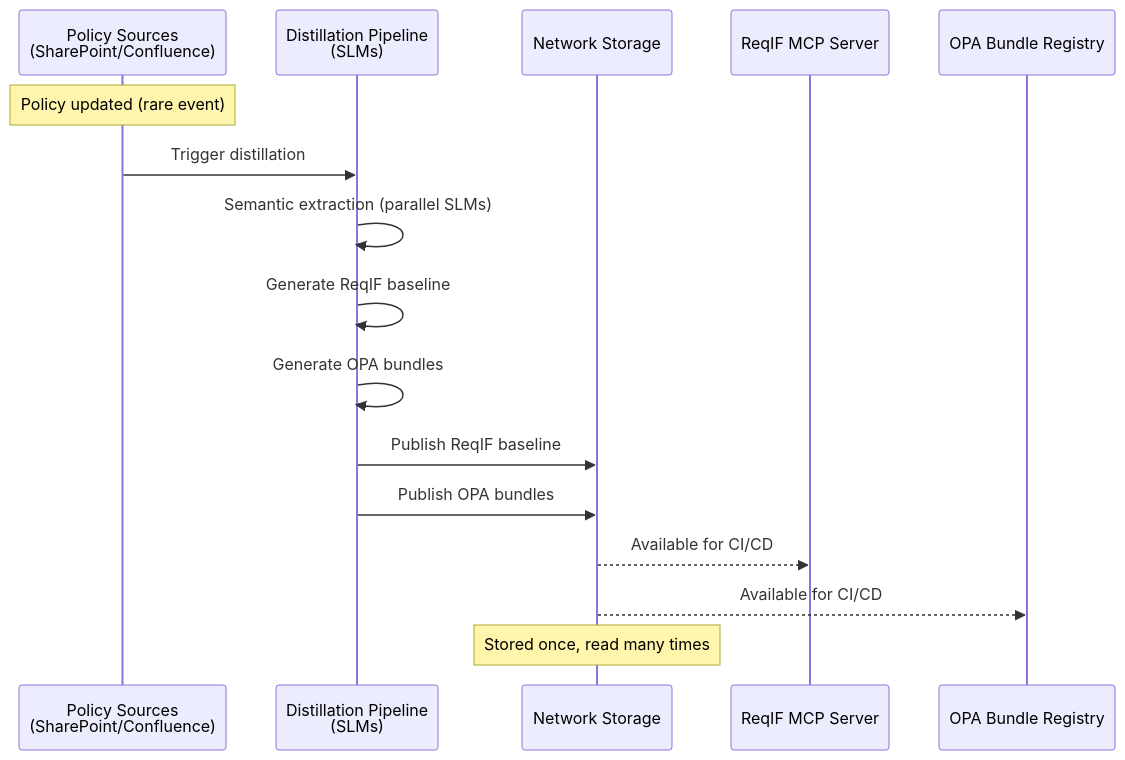
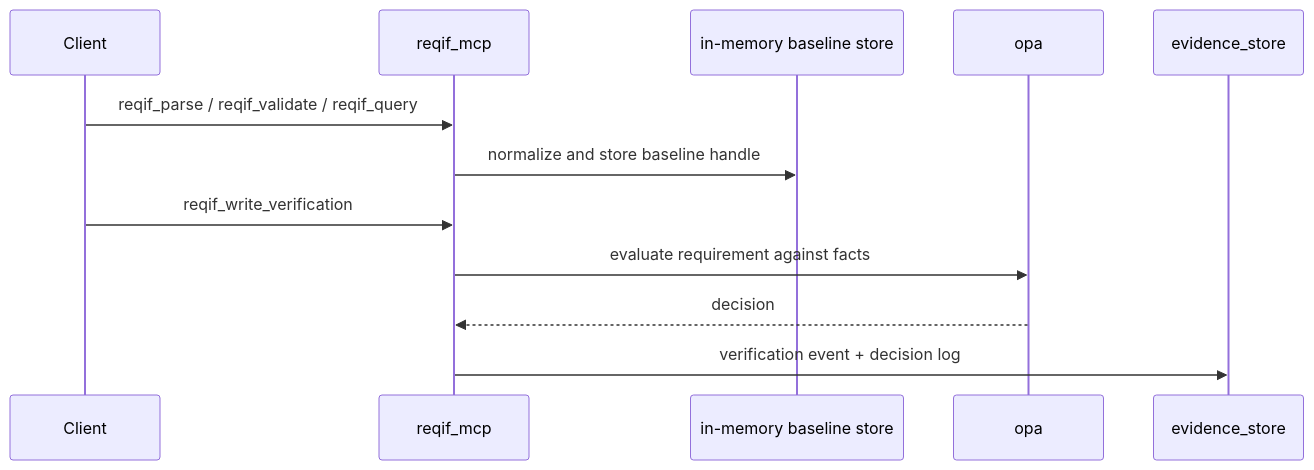
Before and after one commit to PromptExecution/reqif-opa-mcp: the seventh of 13 diagrams in README.md, drawn with Mermaid. The commit also changed other lines of this file and 15 other files, not shown here.

````diff
--- a/README.md
+++ b/README.md
@@ -306,20 +198,15 @@
 ```mermaid
 sequenceDiagram
-    participant Source as Policy Sources<br/>(SharePoint/Confluence)
-    participant Distill as Distillation Pipeline<br/>(SLMs)
-    participant Store as Network Storage
-    participant MCP as ReqIF MCP Server
-    participant OPA_R as OPA Bundle Registry
+    participant Client
+    participant MCP as reqif_mcp
+    participant Store as in-memory baseline store
+    participant OPA as opa
+    participant Evidence as evidence_store
 
-    Note over Source: Policy updated (rare event)
-    Source->>Distill: Trigger distillation
-    Distill->>Distill: Semantic extraction (parallel SLMs)
-    Distill->>Distill: Generate ReqIF baseline
-    Distill->>Distill: Generate OPA bundles
-    Distill->>Store: Publish ReqIF baseline
-    Distill->>Store: Publish OPA bundles
-    Store-->>MCP: Available for CI/CD
-    Store-->>OPA_R: Available for CI/CD
-    
-    Note over Store: Stored once, read many times
+    Client->>MCP: reqif_parse / reqif_validate / reqif_query
+    MCP->>Store: normalize and store baseline handle
+    Client->>MCP: reqif_write_verification
+    MCP->>OPA: evaluate requirement against facts
+    OPA-->>MCP: decision
+    MCP->>Evidence: verification event + decision log
 ```
````
